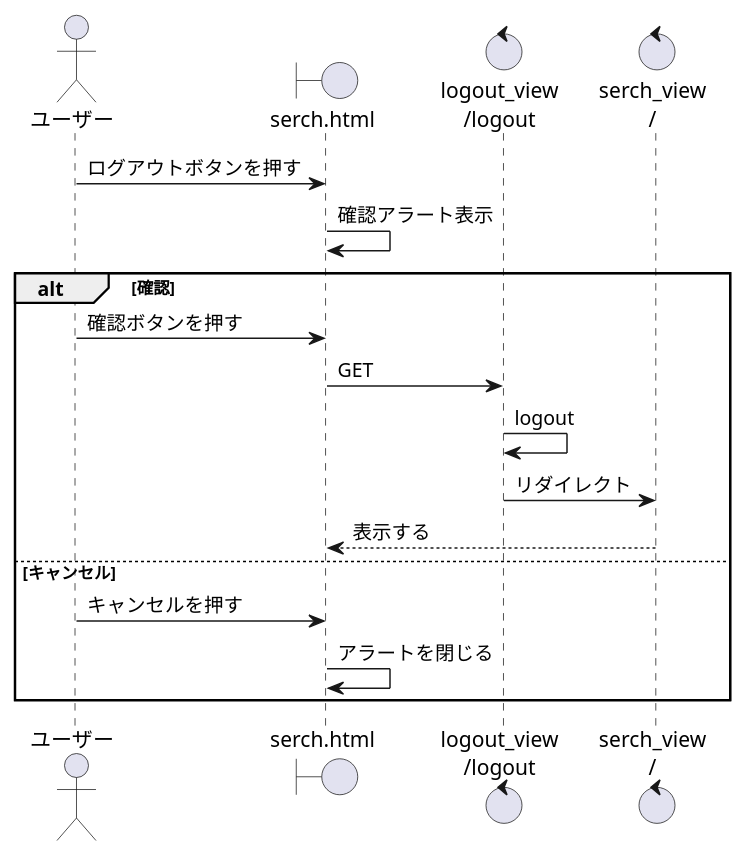
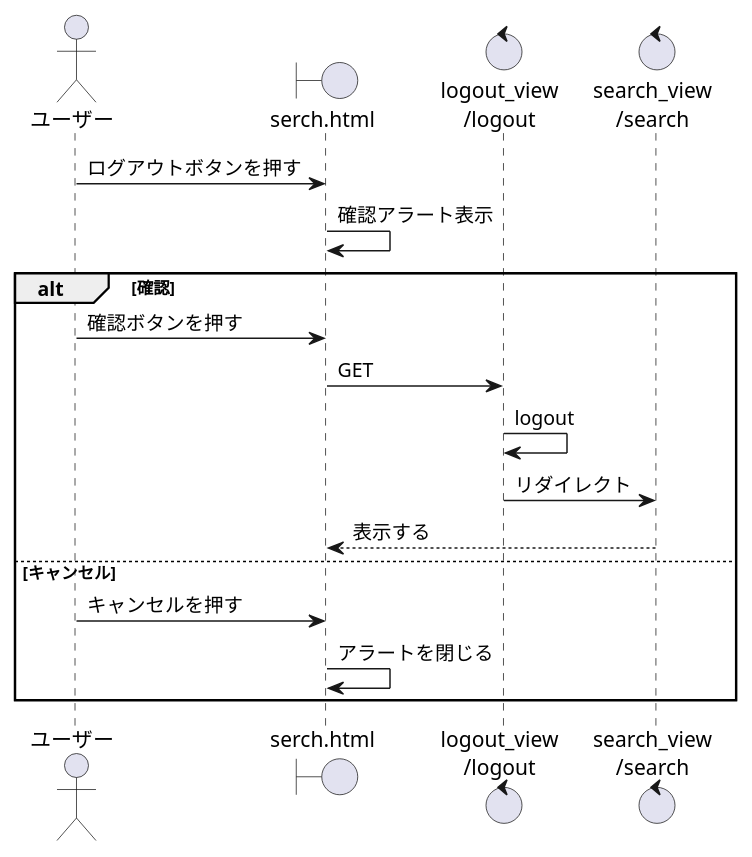
One commit to RK0309-art/gith_full_course changed diagram 11 of 14 in シーケンス図_書籍検索システム_django.puml. Above: the diagram before and after it, drawn with PlantUML. The commit also changed other lines of this file, not shown here.

```diff
--- a/シーケンス図_書籍検索システム_django.puml
+++ b/シーケンス図_書籍検索システム_django.puml
@@ -172,23 +171,23 @@
 @startuml ログアウトする
 
 actor ユーザー as U
 boundary "serch.html" as SH
 control "logout_view\n/logout" as LV
-control "serch_view\n/" as SV
+control "search_view\n/search" as SV
 
 U -> SH : ログアウトボタンを押す
 SH -> SH : 確認アラート表示
 alt 確認
   U -> SH : 確認ボタンを押す
   SH -> LV : GET
   LV -> LV : logout
   LV -> SV : リダイレクト
   SH <-- SV : 表示する
 else キャンセル
   U -> SH : キャンセルを押す
   SH -> SH : アラートを閉じる
 end
 
 
 
 @enduml
```
